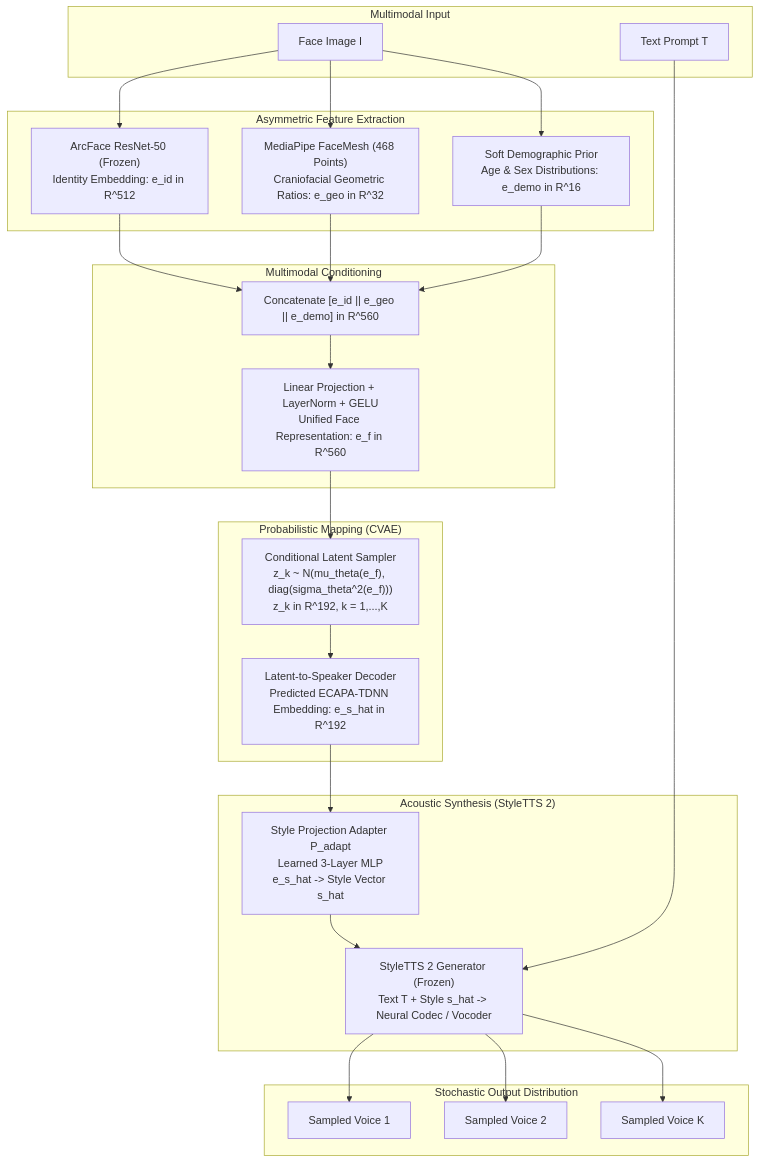
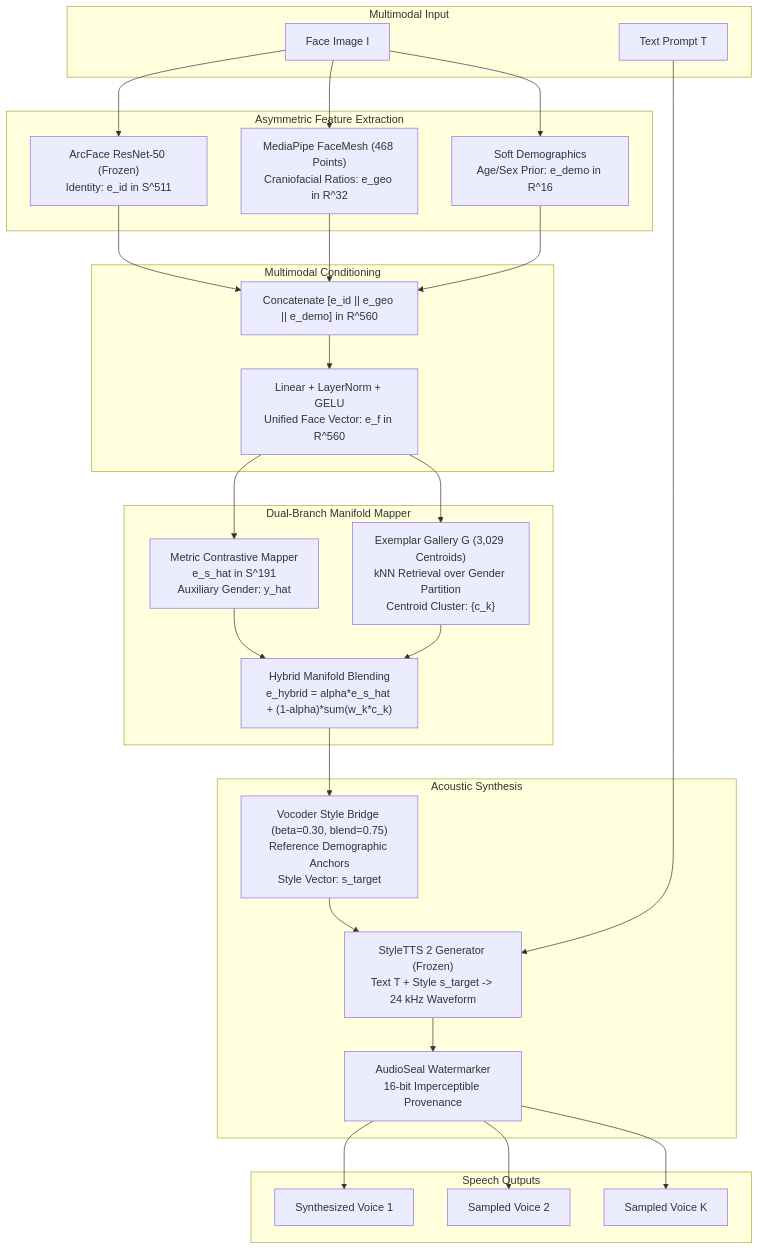
The diagram in README.md (AdityaWagh19/Voix-F2S-System), drawn with Mermaid before and after one commit. The commit also changed other lines of this file and 26 other files, not shown here.

````diff
--- a/README.md
+++ b/README.md
@@ -89,54 +82,58 @@
 ```mermaid
 flowchart TD
     subgraph INPUT["Multimodal Input"]
         IMG["Face Image I"]
         TXT["Text Prompt T"]
     end
 
     subgraph ENCODING["Asymmetric Feature Extraction"]
-        AF["ArcFace ResNet-50 (Frozen)<br/>Identity Embedding: e_id in R^512"]
-        FM["MediaPipe FaceMesh (468 Points)<br/>Craniofacial Geometric Ratios: e_geo in R^32"]
-        SD["Soft Demographic Prior<br/>Age & Sex Distributions: e_demo in R^16"]
+        AF["ArcFace ResNet-50 (Frozen)<br/>Identity: e_id in S^511"]
+        FM["MediaPipe FaceMesh (468 Points)<br/>Craniofacial Ratios: e_geo in R^32"]
+        SD["Soft Demographics<br/>Age/Sex Prior: e_demo in R^16"]
     end
 
     IMG --> AF
     IMG --> FM
     IMG --> SD
 
     subgraph FUSION["Multimodal Conditioning"]
         CAT["Concatenate [e_id || e_geo || e_demo] in R^560"]
-        PROJ["Linear Projection + LayerNorm + GELU<br/>Unified Face Representation: e_f in R^560"]
+        PROJ["Linear + LayerNorm + GELU<br/>Unified Face Vector: e_f in R^560"]
         CAT --> PROJ
     end
 
     AF --> CAT
     FM --> CAT
     SD --> CAT
 
-    subgraph CVAE_GEN["Probabilistic Mapping (CVAE)"]
-        DEC["Conditional Latent Sampler<br/>z_k ~ N(mu_theta(e_f), diag(sigma_theta^2(e_f)))<br/>z_k in R^192, k = 1,...,K"]
-        DEC_OUT["Latent-to-Speaker Decoder<br/>Predicted ECAPA-TDNN Embedding: e_s_hat in R^192"]
-        DEC --> DEC_OUT
+    subgraph MAPPER["Dual-Branch Manifold Mapper"]
+        CONT["Metric Contrastive Mapper<br/>e_s_hat in S^191<br/>Auxiliary Gender: y_hat"]
+        GALLERY["Exemplar Gallery G (3,029 Centroids)<br/>kNN Retrieval over Gender Partition<br/>Centroid Cluster: {c_k}"]
+        HYBRID["Hybrid Manifold Blending<br/>e_hybrid = alpha*e_s_hat + (1-alpha)*sum(w_k*c_k)"]
+        CONT --> HYBRID
+        GALLERY --> HYBRID
     end
 
-    PROJ --> DEC
+    PROJ --> CONT
+    PROJ --> GALLERY
 
-    subgraph SYNTHESIS["Acoustic Synthesis (StyleTTS 2)"]
-        ADAPT["Style Projection Adapter P_adapt<br/>Learned 3-Layer MLP<br/>e_s_hat -> Style Vector s_hat"]
-        TTS["StyleTTS 2 Generator (Frozen)<br/>Text T + Style s_hat -> Neural Codec / Vocoder"]
-        ADAPT --> TTS
+    subgraph SYNTHESIS["Acoustic Synthesis"]
+        BRIDGE["Vocoder Style Bridge (beta=0.30, blend=0.75)<br/>Reference Demographic Anchors<br/>Style Vector: s_target"]
+        TTS["StyleTTS 2 Generator (Frozen)<br/>Text T + Style s_target -> 24 kHz Waveform"]
+        SEAL["AudioSeal Watermarker<br/>16-bit Imperceptible Provenance"]
+        HYBRID --> BRIDGE
+        BRIDGE --> TTS
+        TXT --> TTS
+        TTS --> SEAL
     end
 
-    DEC_OUT --> ADAPT
-    TXT --> TTS
-
-    subgraph OUTPUT["Stochastic Output Distribution"]
-        V1["Sampled Voice 1"]
+    subgraph OUTPUT["Speech Outputs"]
+        V1["Synthesized Voice 1"]
         V2["Sampled Voice 2"]
         VK["Sampled Voice K"]
     end
 
-    TTS --> V1
-    TTS --> V2
-    TTS --> VK
+    SEAL --> V1
+    SEAL --> V2
+    SEAL --> VK
 ```
````
